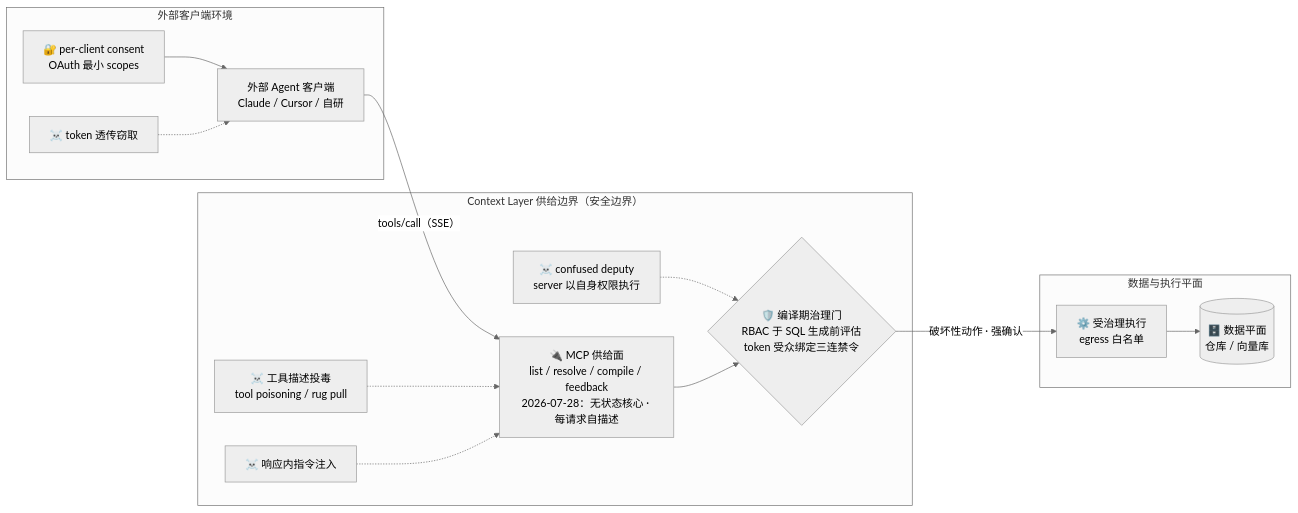
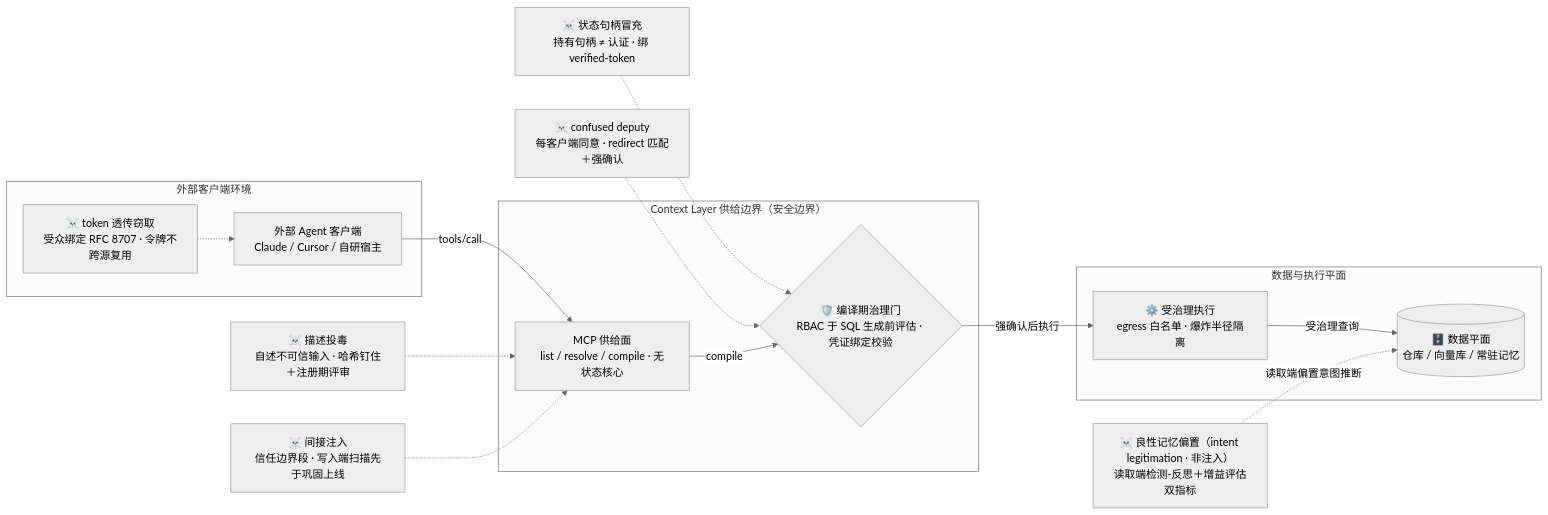
The diagram in docs/assets/mermaid/cognitive-context/context-layer-blueprint--mcp-threat-model.mmd (ThreeFish-AI/negentropy), drawn with Mermaid (neutral theme) before and after one commit. The commit also changed 79 other files, not shown here.

First line of the commit message:
assets(context-layer): 013 配图换代八图交付+三图退役注记+进化子系统注释改锚;

```diff
--- a/docs/assets/mermaid/cognitive-context/context-layer-blueprint--mcp-threat-model.mmd
+++ b/docs/assets/mermaid/cognitive-context/context-layer-blueprint--mcp-threat-model.mmd
@@ -1,30 +1,32 @@
-%%source: docs/research/cognitive-context/013-context-layer-blueprint.md §7.2 供给面威胁模型（+MCP 2026-07-28 硬化注记）
+%%source: docs/research/cognitive-context/013-context-layer-blueprint.md §5.4–§5.5 供给面威胁模型与记忆供给面（intent legitimation 增补）
 %%slug: cognitive-context/context-layer-blueprint--mcp-threat-model
 %%type: architecture
-%%derived: archify architecture v1, authored from source mermaid
+%%derived: archify architecture v2, 六威胁重排＋intent legitimation 行与「写入端扫描先于巩固上线」时序注（对齐 013 §5.4–§5.5 重铸稿）
 flowchart LR
-    subgraph "外部客户端环境"
-        AG["外部 Agent 客户端<br/>Claude / Cursor / 自研"]
-        CON["🔐 per-client consent<br/>OAuth 最小 scopes"]
-        TT["☠️ token 透传窃取"]
+    subgraph EXT["外部客户端环境"]
+        TT["☠️ token 透传窃取<br/>受众绑定 RFC 8707 · 令牌不跨源复用"]
+        AG["外部 Agent 客户端<br/>Claude / Cursor / 自研宿主"]
     end
-    subgraph "Context Layer 供给边界（安全边界）"
-        MCP["🔌 MCP 供给面<br/>list / resolve / compile / feedback<br/>2026-07-28：无状态核心 · 每请求自描述"]
-        CG{"🛡️ 编译期治理门<br/>RBAC 于 SQL 生成前评估<br/>token 受众绑定三连禁令"}
-        TP["☠️ 工具描述投毒<br/>tool poisoning / rug pull"]
-        TI["☠️ 响应内指令注入"]
-        TD["☠️ confused deputy<br/>server 以自身权限执行"]
+    subgraph SUP["Context Layer 供给边界（安全边界）"]
+        MCP["MCP 供给面<br/>list / resolve / compile · 无状态核心"]
+        CG{"🛡️ 编译期治理门<br/>RBAC 于 SQL 生成前评估 · 凭证绑定校验"}
     end
-    subgraph "数据与执行平面"
-        EX["⚙️ 受治理执行<br/>egress 白名单"]
-        DA[("🗄️ 数据平面<br/>仓库 / 向量库")]
+    subgraph DAT["数据与执行平面"]
+        EX["⚙️ 受治理执行<br/>egress 白名单 · 爆炸半径隔离"]
+        DA[("🗄️ 数据平面<br/>仓库 / 向量库 / 常驻记忆")]
     end
-    CON --> AG
+    TP["☠️ 描述投毒<br/>自述不可信输入 · 哈希钉住＋注册期评审"]
+    HS["☠️ 状态句柄冒充<br/>持有句柄 ≠ 认证 · 绑 verified-token"]
+    INJ["☠️ 间接注入<br/>信任边界段 · 写入端扫描先于巩固上线"]
+    CD["☠️ confused deputy<br/>每客户端同意 · redirect 匹配＋强确认"]
+    LG["☠️ 良性记忆偏置（intent legitimation · 非注入）<br/>读取端检测-反思＋增益评估双指标"]
     TT -.-> AG
-    AG -->|"tools/call（SSE）"| MCP
+    AG -->|"tools/call"| MCP
     TP -.-> MCP
-    TI -.-> MCP
-    TD -.-> CG
-    MCP --> CG
-    CG -->|"破坏性动作 · 强确认"| EX
-    EX --> DA
+    HS -.-> CG
+    INJ -.-> MCP
+    CD -.-> CG
+    MCP -->|"compile"| CG
+    CG -->|"强确认后执行"| EX
+    EX -->|"受治理查询"| DA
+    LG -.->|"读取端偏置意图推断"| DA
```
